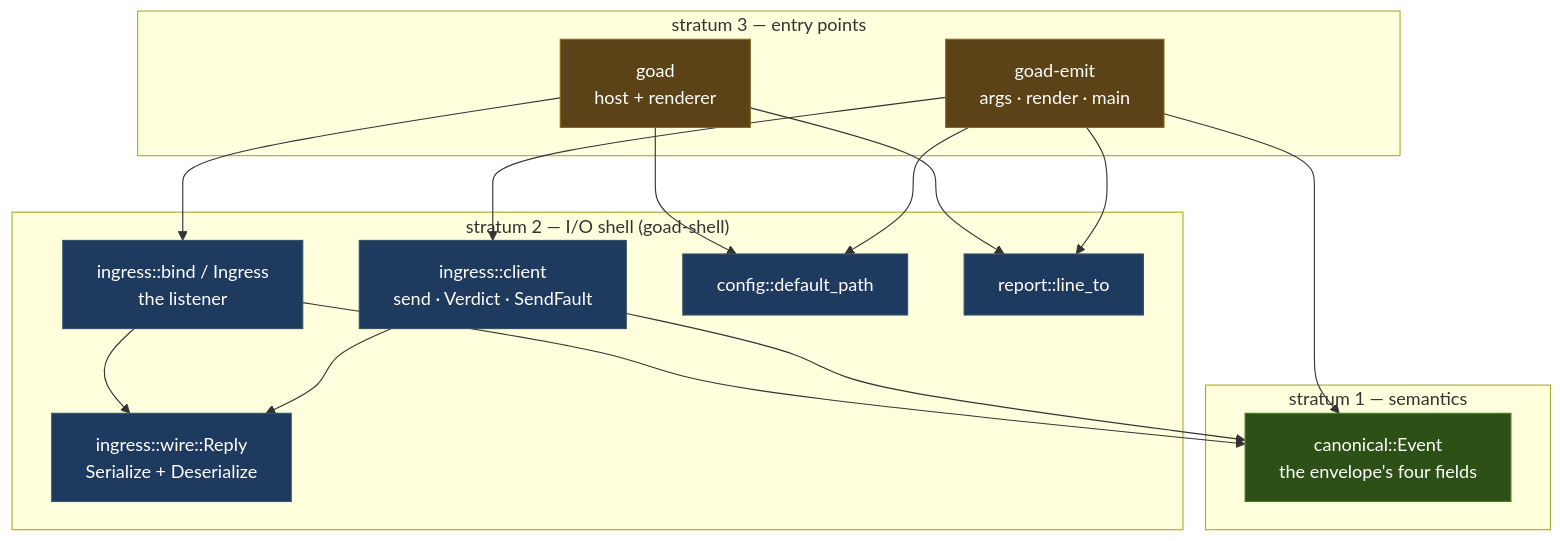
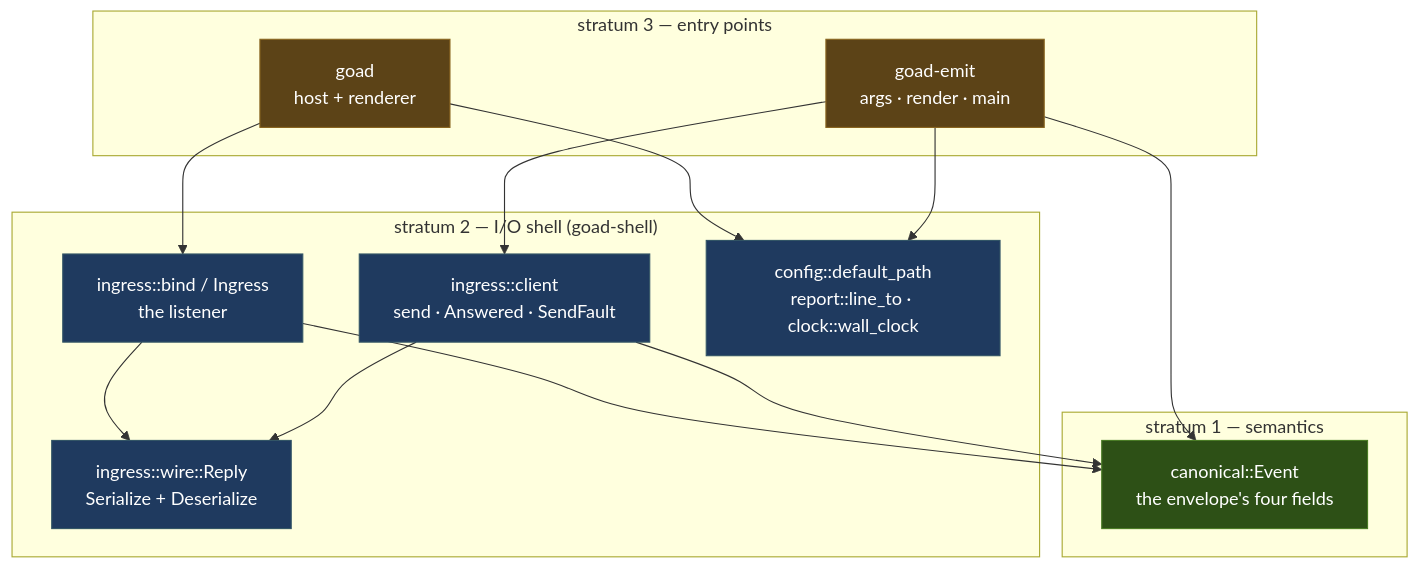
One commit to davidlee/goad changed the first of 2 diagrams in docs/slices/005/design.md. Above: the diagram before and after it, drawn with Mermaid. The commit also changed other lines of this file and 4 other files, not shown here.

````diff
--- a/docs/slices/005/design.md
+++ b/docs/slices/005/design.md
@@ -66,36 +65,33 @@
 ```mermaid
 graph TD
   subgraph s3["stratum 3 — entry points"]
     EMIT["goad-emit<br/>args · render · main"]
     GOAD["goad<br/>host + renderer"]
   end
   subgraph s2["stratum 2 — I/O shell (goad-shell)"]
-    CLIENT["ingress::client<br/>send · Verdict · SendFault"]
+    CLIENT["ingress::client<br/>send · Answered · SendFault"]
     WIRE["ingress::wire::Reply<br/>Serialize + Deserialize"]
     LISTEN["ingress::bind / Ingress<br/>the listener"]
-    CFG["config::default_path"]
-    REP["report::line_to"]
+    MOVED["config::default_path<br/>report::line_to · clock::wall_clock"]
   end
   subgraph s1["stratum 1 — semantics"]
     EV["canonical::Event<br/>the envelope's four fields"]
   end
 
   EMIT --> CLIENT
-  EMIT --> CFG
-  EMIT --> REP
+  EMIT --> MOVED
   EMIT --> EV
   GOAD --> LISTEN
-  GOAD --> CFG
-  GOAD --> REP
+  GOAD --> MOVED
   CLIENT --> WIRE
   CLIENT --> EV
   LISTEN --> WIRE
   LISTEN --> EV
 
   classDef s3f fill:#5c4317,stroke:#8a6620,color:#fff
   classDef s2f fill:#1f3a5f,stroke:#356,color:#fff
   classDef s1f fill:#2d5016,stroke:#4a7c26,color:#fff
   class EMIT,GOAD s3f
-  class CLIENT,WIRE,LISTEN,CFG,REP s2f
+  class CLIENT,WIRE,LISTEN,MOVED s2f
   class EV s1f
 ```
````
